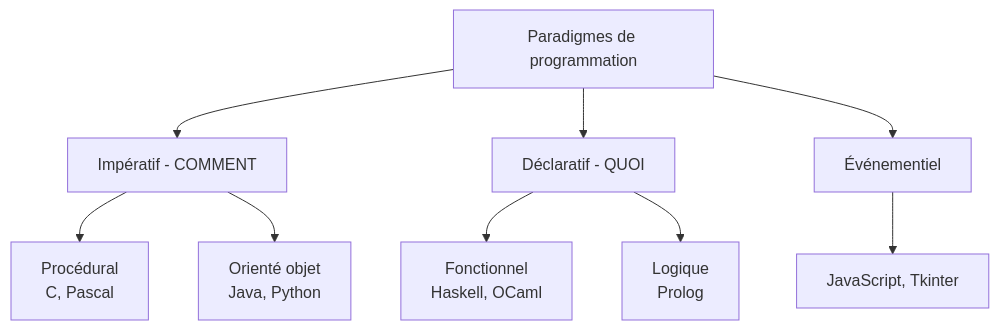
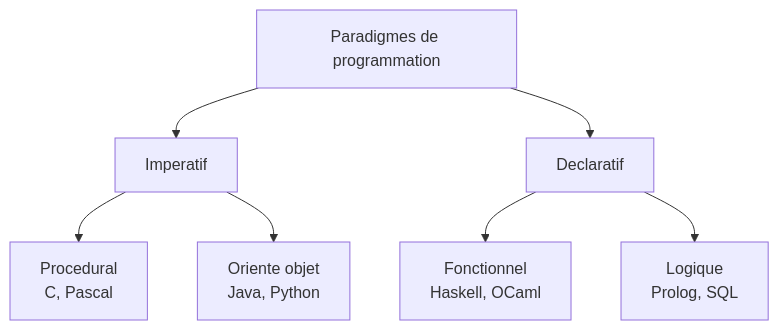
Before and after one commit to A-Jeaugey/revisions-NSI: the diagram in docs/fiches/17_paradigmes_programmation.md, drawn with Mermaid. The commit also changed other lines of this file and 25 other files, not shown here.

````diff
--- a/docs/fiches/17_paradigmes_programmation.md
+++ b/docs/fiches/17_paradigmes_programmation.md
@@ -304,11 +111,9 @@
 ```mermaid
 graph TD
-    A[Paradigmes de programmation] --> B[Impératif - COMMENT]
-    A --> C[Déclaratif - QUOI]
-    A --> D[Événementiel]
-    B --> B1[Procédural<br/>C, Pascal]
-    B --> B2[Orienté objet<br/>Java, Python]
+    A[Paradigmes de programmation] --> B[Imperatif]
+    A --> C[Declaratif]
+    B --> B1[Procedural<br/>C, Pascal]
+    B --> B2[Oriente objet<br/>Java, Python]
     C --> C1[Fonctionnel<br/>Haskell, OCaml]
-    C --> C2[Logique<br/>Prolog]
-    D --> D1[JavaScript, Tkinter]
+    C --> C2[Logique<br/>Prolog, SQL]
 ```
````
